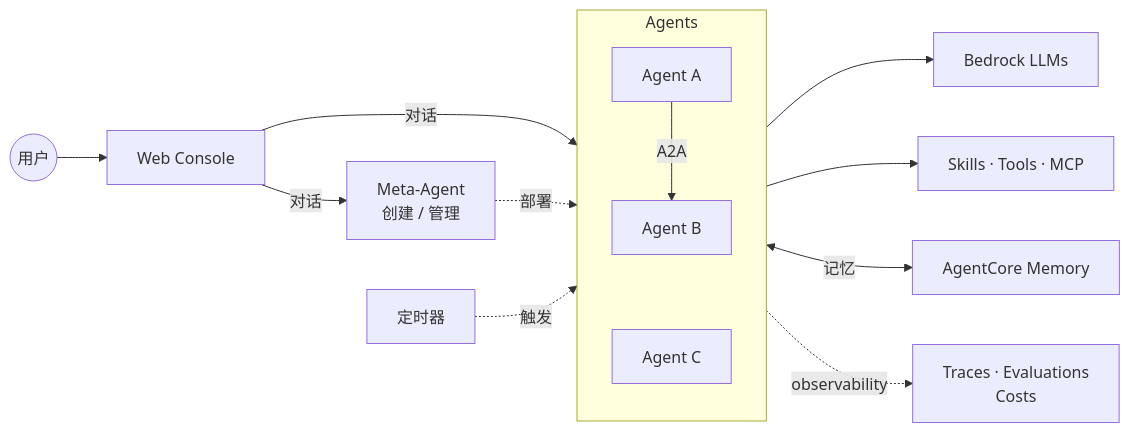
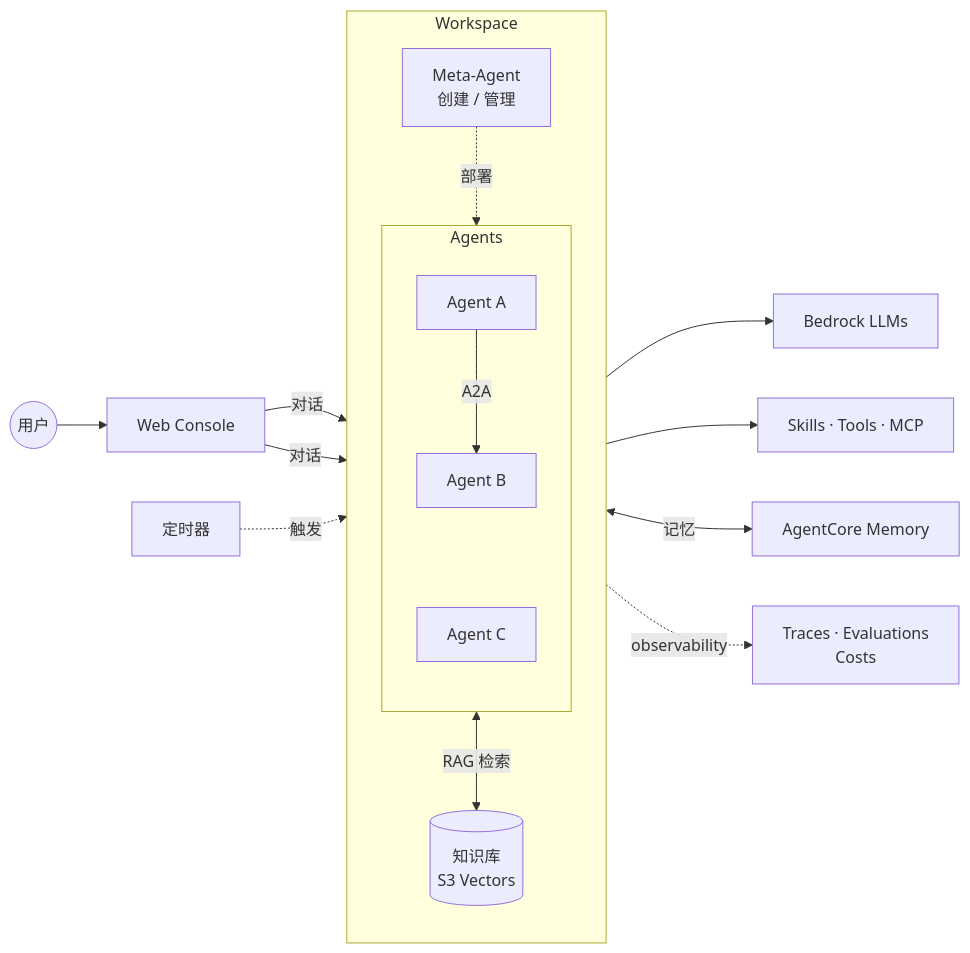
Before and after one commit to ddpie/agent-studio: the first of 2 diagrams in README.md, drawn with Mermaid. The commit also changed other lines of this file, not shown here.

Commit message:
docs(readme): add Workspace boundary and Knowledge Base to architecture diagram
Architecture mermaid now shows a Workspace subgraph wrapping Meta-Agent,
Agents, and KB (S3 Vectors), with a RAG retrieval edge from Agents to KB.

````diff
--- a/README.md
+++ b/README.md
@@ -48,20 +48,26 @@
 ```mermaid
 graph LR
     User((用户)) --> Web[Web Console]
     Cron[定时器]
-    Web -->|对话| Meta[Meta-Agent<br/>创建 / 管理]
 
-    subgraph Agents
+    subgraph Workspace
         direction TB
-        A1[Agent A] -->|A2A| A2[Agent B]
-        A2 ~~~ A3[Agent C]
+        Meta[Meta-Agent<br/>创建 / 管理]
+        subgraph Agents
+            direction TB
+            A1[Agent A] -->|A2A| A2[Agent B]
+            A2 ~~~ A3[Agent C]
+        end
+        KB[(知识库<br/>S3 Vectors)]
     end
 
+    Web -->|对话| Meta
     Web -->|对话| Agents
     Meta -.部署.-> Agents
     Cron -.触发.-> Agents
     Agents --> LLM[Bedrock LLMs]
     Agents --> Ext[Skills · Tools · MCP]
+    Agents <-->|RAG 检索| KB
     Agents <-->|记忆| Mem[AgentCore Memory]
     Agents -.observability.-> Obs[Traces · Evaluations<br/>Costs]
 ```
````
